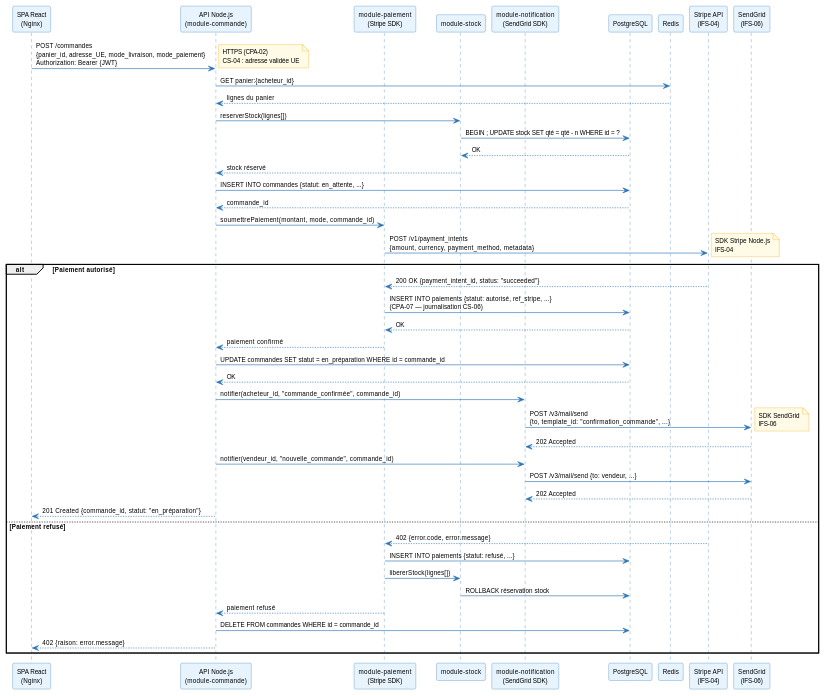
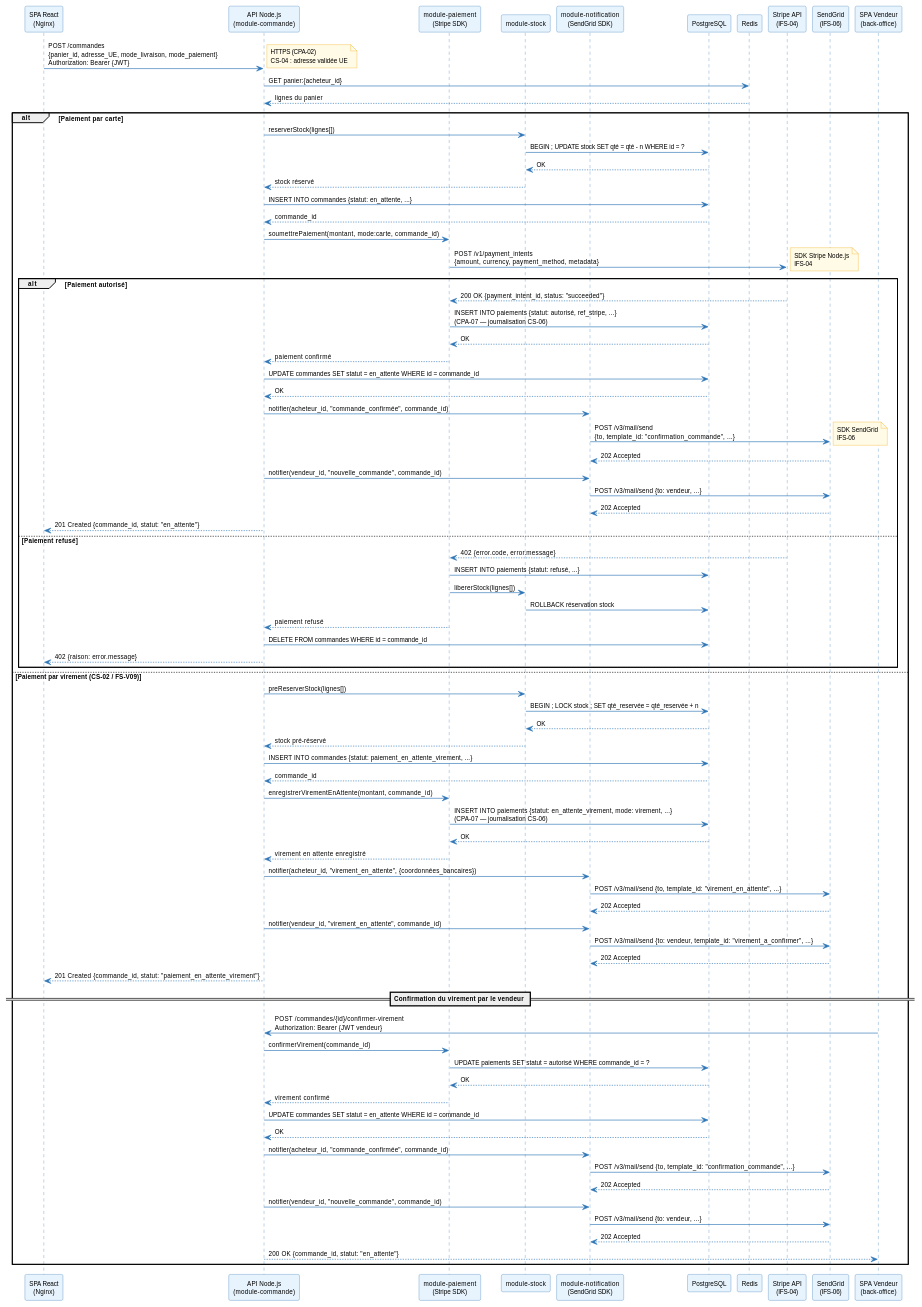
One commit to louistalvande/online_shop changed the third of 4 diagrams in architecture/04-physical-architecture/pa.adoc. Above: the diagram before and after it, drawn with PlantUML. The commit also changed other lines of this file and 4 other files, not shown here.

```diff
--- a/architecture/04-physical-architecture/pa.adoc
+++ b/architecture/04-physical-architecture/pa.adoc
@@ -332,45 +325,93 @@
 API -> Redis : GET panier:{acheteur_id}
 Redis --> API : lignes du panier
 
-API -> StockMod : reserverStock(lignes[])
-StockMod -> PG : BEGIN ; UPDATE stock SET qté = qté - n WHERE id = ?
-PG --> StockMod : OK
-StockMod --> API : stock réservé
+alt Paiement par carte
+  API -> StockMod : reserverStock(lignes[])
+  StockMod -> PG : BEGIN ; UPDATE stock SET qté = qté - n WHERE id = ?
+  PG --> StockMod : OK
+  StockMod --> API : stock réservé
 
-API -> PG : INSERT INTO commandes {statut: en_attente, ...}
-PG --> API : commande_id
+  API -> PG : INSERT INTO commandes {statut: en_attente, ...}
+  PG --> API : commande_id
 
-API -> PayMod : soumettrePaiement(montant, mode, commande_id)
-PayMod -> Stripe : POST /v1/payment_intents\n{amount, currency, payment_method, metadata}
-note right : SDK Stripe Node.js\nIFS-04
+  API -> PayMod : soumettrePaiement(montant, mode:carte, commande_id)
+  PayMod -> Stripe : POST /v1/payment_intents\n{amount, currency, payment_method, metadata}
+  note right : SDK Stripe Node.js\nIFS-04
 
-alt Paiement autorisé
-  Stripe --> PayMod : 200 OK {payment_intent_id, status: "succeeded"}
-  PayMod -> PG : INSERT INTO paiements {statut: autorisé, ref_stripe, ...}\n(CPA-07 — journalisation CS-06)
+  alt Paiement autorisé
+    Stripe --> PayMod : 200 OK {payment_intent_id, status: "succeeded"}
+    PayMod -> PG : INSERT INTO paiements {statut: autorisé, ref_stripe, ...}\n(CPA-07 — journalisation CS-06)
+    PG --> PayMod : OK
+    PayMod --> API : paiement confirmé
+
+    API -> PG : UPDATE commandes SET statut = en_attente WHERE id = commande_id
+    PG --> API : OK
+
+    API -> NotifMod : notifier(acheteur_id, "commande_confirmée", commande_id)
+    NotifMod -> Mail : POST /v3/mail/send\n{to, template_id: "confirmation_commande", ...}
+    note right : SDK SendGrid\nIFS-06
+    Mail --> NotifMod : 202 Accepted
+
+    API -> NotifMod : notifier(vendeur_id, "nouvelle_commande", commande_id)
+    NotifMod -> Mail : POST /v3/mail/send {to: vendeur, ...}
+    Mail --> NotifMod : 202 Accepted
+
+    API --> SPA : 201 Created {commande_id, statut: "en_attente"}
+
+  else Paiement refusé
+    Stripe --> PayMod : 402 {error.code, error.message}
+    PayMod -> PG : INSERT INTO paiements {statut: refusé, ...}
+    PayMod -> StockMod : libererStock(lignes[])
+    StockMod -> PG : ROLLBACK réservation stock
+    PayMod --> API : paiement refusé
+    API -> PG : DELETE FROM commandes WHERE id = commande_id
+    API --> SPA : 402 {raison: error.message}
+  end
+
+else Paiement par virement (CS-02 / FS-V09)
+  API -> StockMod : preReserverStock(lignes[])
+  StockMod -> PG : BEGIN ; LOCK stock ; SET qté_reservée = qté_reservée + n
+  PG --> StockMod : OK
+  StockMod --> API : stock pré-réservé
+
+  API -> PG : INSERT INTO commandes {statut: paiement_en_attente_virement, ...}
+  PG --> API : commande_id
+
+  API -> PayMod : enregistrerVirementEnAttente(montant, commande_id)
+  PayMod -> PG : INSERT INTO paiements {statut: en_attente_virement, mode: virement, ...}\n(CPA-07 — journalisation CS-06)
   PG --> PayMod : OK
-  PayMod --> API : paiement confirmé
+  PayMod --> API : virement en attente enregistré
 
-  API -> PG : UPDATE commandes SET statut = en_préparation WHERE id = commande_id
+  API -> NotifMod : notifier(acheteur_id, "virement_en_attente", {coordonnées_bancaires})
+  NotifMod -> Mail : POST /v3/mail/send {to, template_id: "virement_en_attente", ...}
+  Mail --> NotifMod : 202 Accepted
+
+  API -> NotifMod : notifier(vendeur_id, "virement_en_attente", commande_id)
+  NotifMod -> Mail : POST /v3/mail/send {to: vendeur, template_id: "virement_a_confirmer", ...}
+  Mail --> NotifMod : 202 Accepted
+
+  API --> SPA : 201 Created {commande_id, statut: "paiement_en_attente_virement"}
+
+  == Confirmation du virement par le vendeur ==
+  participant "SPA Vendeur\n(back-office)" as SPAVendor
+  SPAVendor -> API : POST /commandes/{id}/confirmer-virement\nAuthorization: Bearer {JWT vendeur}
+
+  API -> PayMod : confirmerVirement(commande_id)
+  PayMod -> PG : UPDATE paiements SET statut = autorisé WHERE commande_id = ?
+  PG --> PayMod : OK
+  PayMod --> API : virement confirmé
+
+  API -> PG : UPDATE commandes SET statut = en_attente WHERE id = commande_id
   PG --> API : OK
 
   API -> NotifMod : notifier(acheteur_id, "commande_confirmée", commande_id)
-  NotifMod -> Mail : POST /v3/mail/send\n{to, template_id: "confirmation_commande", ...}
-  note right : SDK SendGrid\nIFS-06
+  NotifMod -> Mail : POST /v3/mail/send {to, template_id: "confirmation_commande", ...}
   Mail --> NotifMod : 202 Accepted
 
   API -> NotifMod : notifier(vendeur_id, "nouvelle_commande", commande_id)
   NotifMod -> Mail : POST /v3/mail/send {to: vendeur, ...}
   Mail --> NotifMod : 202 Accepted
 
-  API --> SPA : 201 Created {commande_id, statut: "en_préparation"}
-
-else Paiement refusé
-  Stripe --> PayMod : 402 {error.code, error.message}
-  PayMod -> PG : INSERT INTO paiements {statut: refusé, ...}
-  PayMod -> StockMod : libererStock(lignes[])
-  StockMod -> PG : ROLLBACK réservation stock
-  PayMod --> API : paiement refusé
-  API -> PG : DELETE FROM commandes WHERE id = commande_id
-  API --> SPA : 402 {raison: error.message}
+  API --> SPAVendor : 200 OK {commande_id, statut: "en_attente"}
 end
 ----
```
